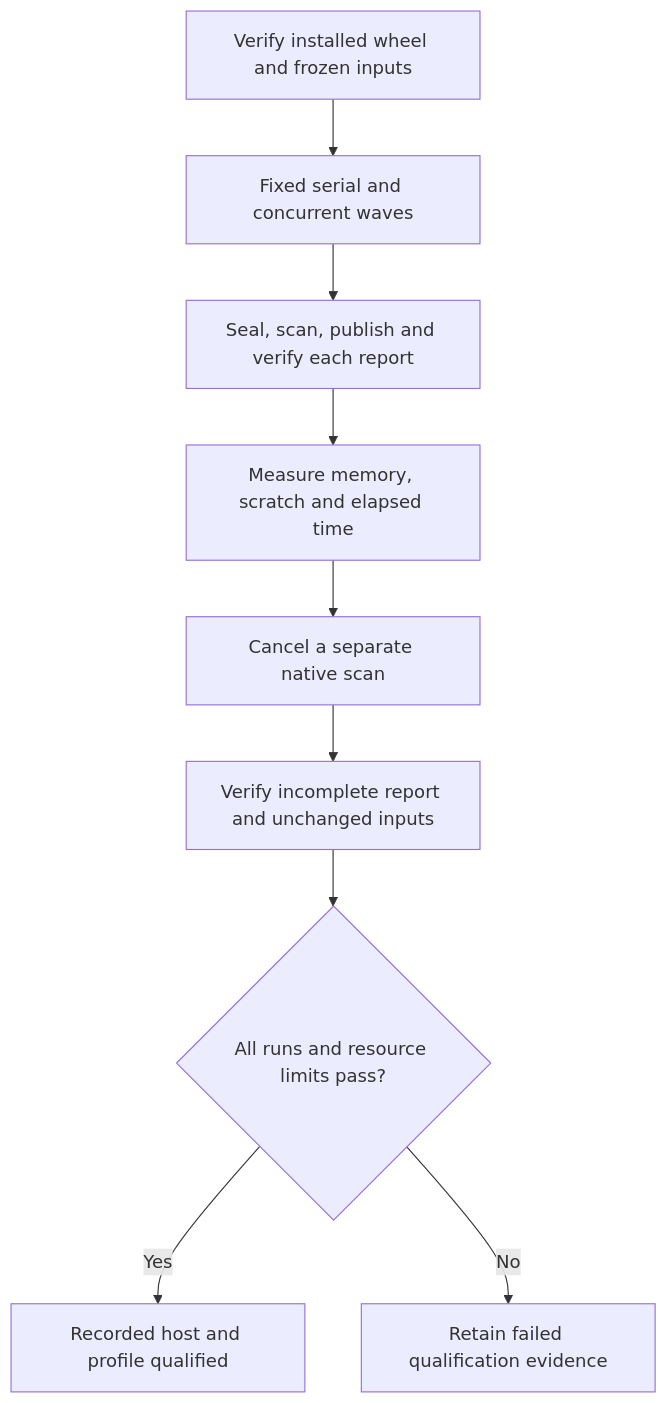
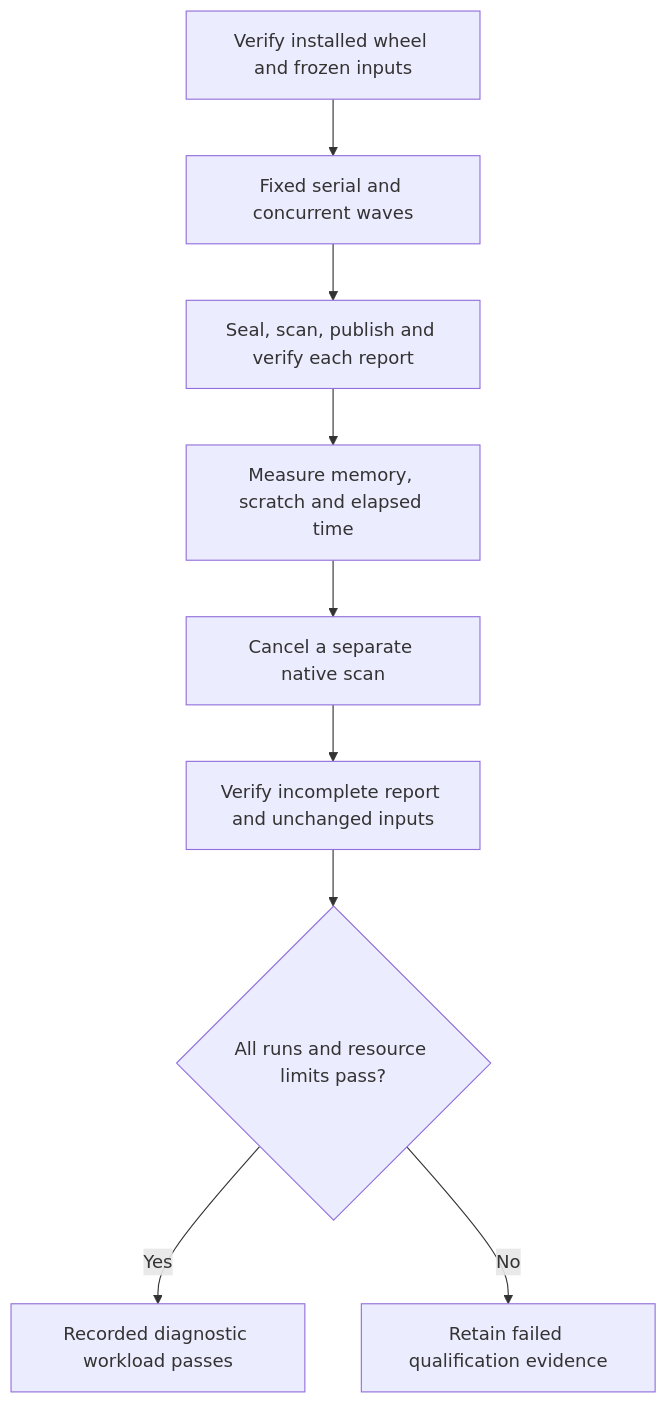
Before and after one commit to willtran87/project-py-security-suite: the fifth of 7 diagrams in docs/validation-pipeline.md, drawn with Mermaid. The commit also changed other lines of this file and 4 other files, not shown here.

````diff
--- a/docs/validation-pipeline.md
+++ b/docs/validation-pipeline.md
@@ -154,11 +154,11 @@
 ```mermaid
 flowchart TD
     W[Verify installed wheel and frozen inputs] --> L[Fixed serial and concurrent waves]
     L --> S[Seal, scan, publish and verify each report]
     S --> M[Measure memory, scratch and elapsed time]
     M --> C[Cancel a separate native scan]
     C --> V[Verify incomplete report and unchanged inputs]
     V --> G{All runs and resource limits pass?}
-    G -->|Yes| P[Recorded host and profile qualified]
+    G -->|Yes| P[Recorded diagnostic workload passes]
     G -->|No| F[Retain failed qualification evidence]
 ```
````
